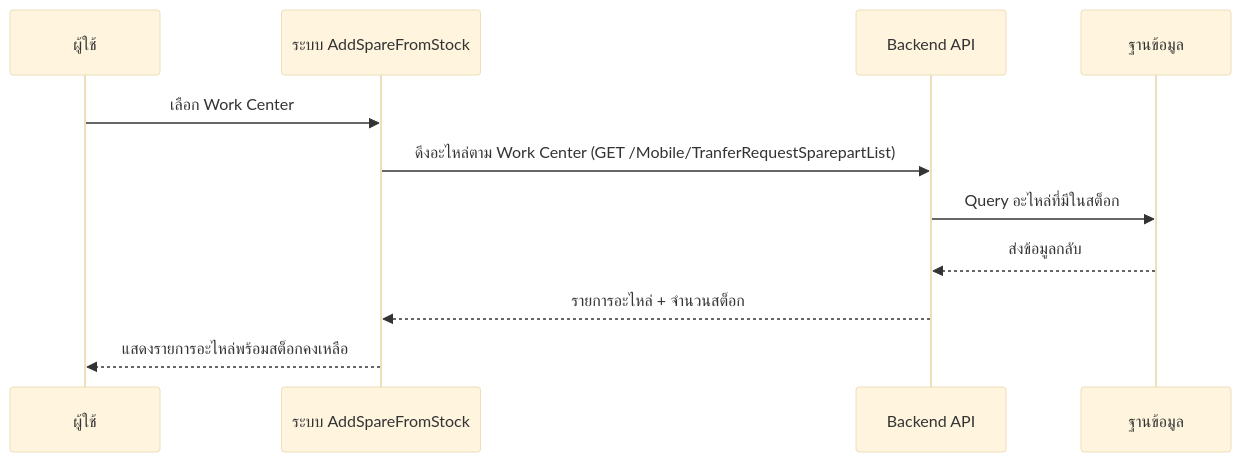
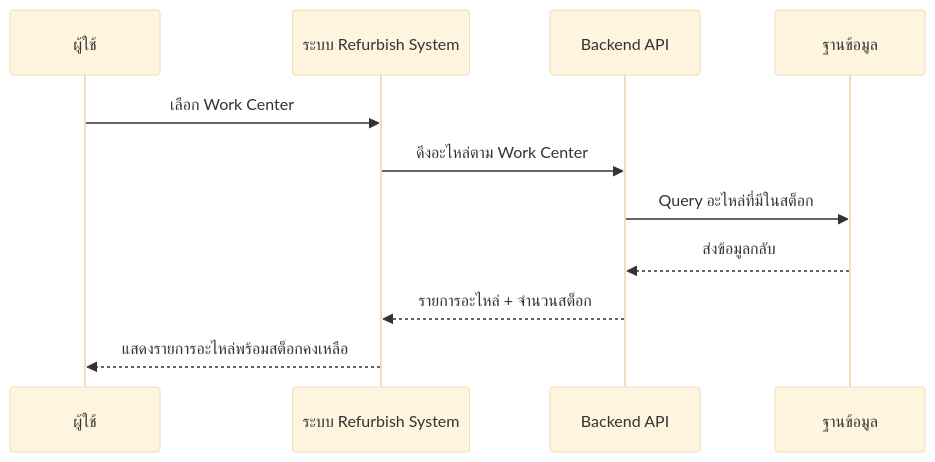
Before and after one commit to akkdach/pro-iot-mobile: the second of 4 diagrams in docs/AddSpareFromStock_SequenceDiagram.md, drawn with Mermaid (base theme). The commit also changed other lines of this file and 10 other files, not shown here.

````diff
--- a/docs/AddSpareFromStock_SequenceDiagram.md
+++ b/docs/AddSpareFromStock_SequenceDiagram.md
@@ -24,14 +24,14 @@
 ```mermaid
 sequenceDiagram
     participant U as ผู้ใช้
-    participant AS as ระบบ AddSpareFromStock
+    participant AS as ระบบ Refurbish System
     participant API as Backend API
     participant DB as ฐานข้อมูล
 
     U->>AS: เลือก Work Center
-    AS->>API: ดึงอะไหล่ตาม Work Center (GET /Mobile/TranferRequestSparepartList)
+    AS->>API: ดึงอะไหล่ตาม Work Center
     API->>DB: Query อะไหล่ที่มีในสต็อก
     DB-->>API: ส่งข้อมูลกลับ
     API-->>AS: รายการอะไหล่ + จำนวนสต็อก
     AS-->>U: แสดงรายการอะไหล่พร้อมสต็อกคงเหลือ
 ```
````
